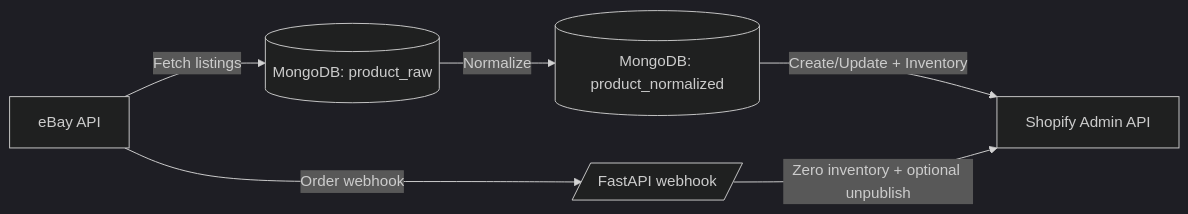
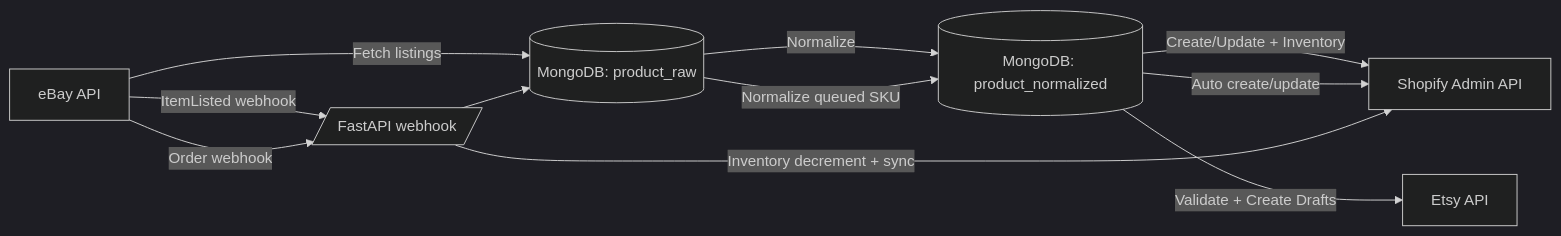
One commit to OusmaneKana/ebay-shopify-sync changed the diagram in README.md. Above: the diagram before and after it, drawn with Mermaid (dark theme). The commit also changed other lines of this file and 58 other files, not shown here.

````diff
--- a/README.md
+++ b/README.md
@@ -21,7 +21,11 @@
 ```mermaid
 flowchart LR
 	EB[eBay API] -->|Fetch listings| RAW[(MongoDB: product_raw)]
 	RAW -->|Normalize| NORM[(MongoDB: product_normalized)]
 	NORM -->|Create/Update + Inventory| SH[Shopify Admin API]
-	EB -->|Order webhook| WH[/FastAPI webhook/] -->|Zero inventory + optional unpublish| SH
+	NORM -->|Validate + Create Drafts| ET[Etsy API]
+	EB -->|ItemListed webhook| WH[/FastAPI webhook/] --> RAW
+	RAW -->|Normalize queued SKU| NORM
+	NORM -->|Auto create/update| SH
+	EB -->|Order webhook| WH -->|Inventory decrement + sync| SH
 ```
````
